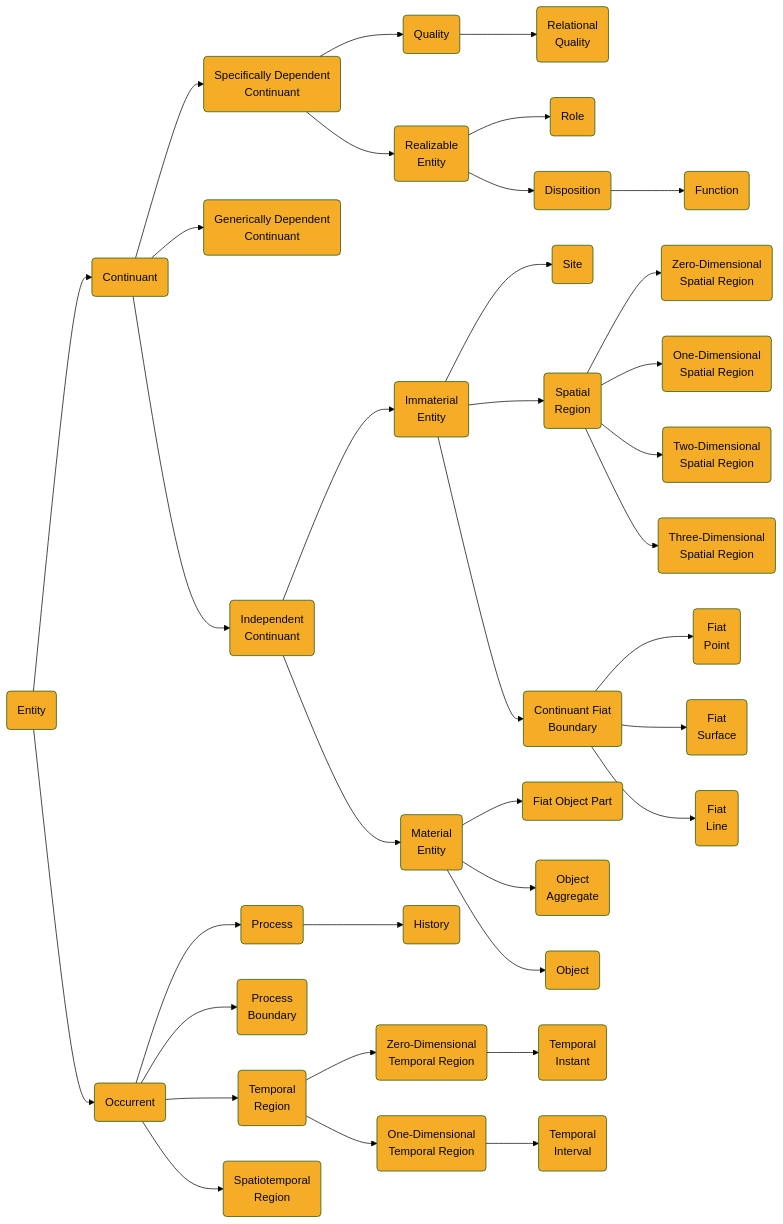
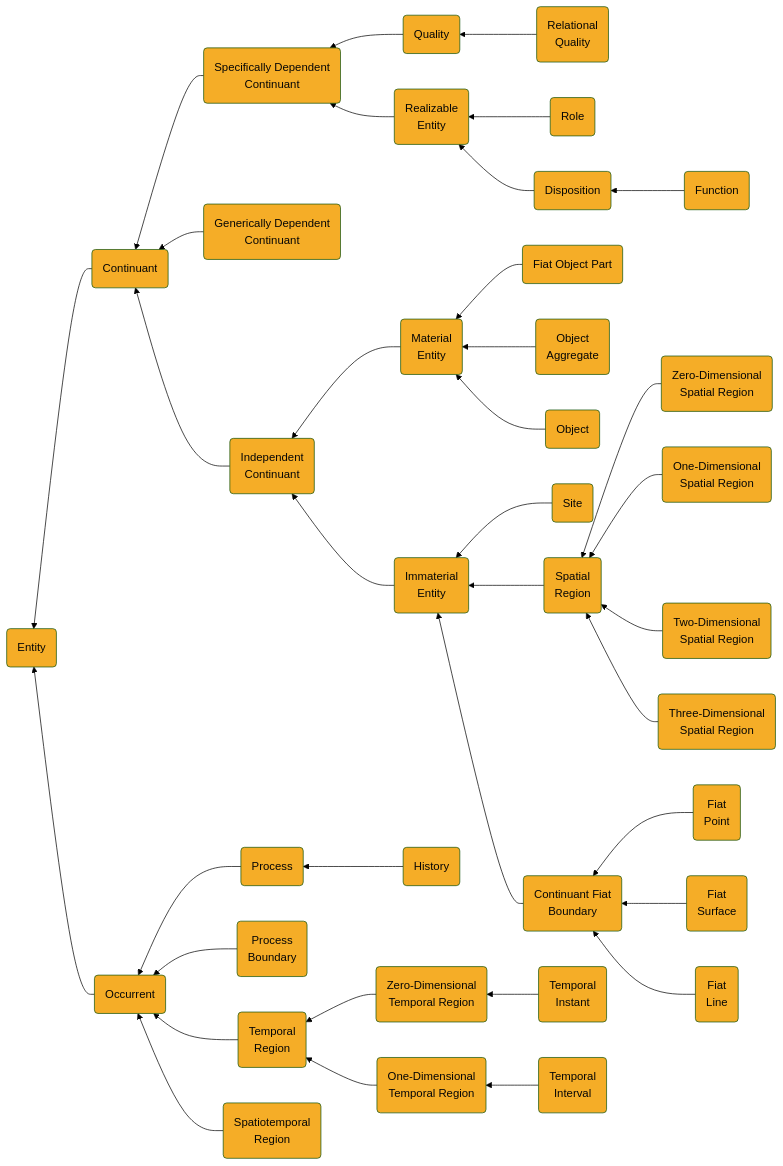
Before and after one commit to BFO-ontology/BFO-2020: the diagram in README.md, drawn with Mermaid (forest theme).

Commit message:
Update README.md
correcting relationship arrow directions

````diff
--- a/README.md
+++ b/README.md
@@ -40,41 +40,41 @@
 ```mermaid
-graph LR
-    A(Entity):::BFO --> B(Continuant)
-    B(Continuant):::BFO --> D(Specifically Dependent<br> Continuant)
-    B(Continuant) --> E(Generically Dependent<br> Continuant):::BFO
-    B(Continuant) --> F(Independent<br> Continuant)
-    F(Independent<br> Continuant):::BFO --> G(Material Entity)
-    F(Independent<br> Continuant) --> H(Immaterial<br> Entity)
-    D(Specifically Dependent<br> Continuant):::BFO --> I(Quality)
-    D(Specifically Dependent<br> Continuant) --> J(Realizable<br> Entity):::BFO
-    I(Quality):::BFO --> K(Relational<br> Quality):::BFO
-    J(Realizable<br> Entity):::BFO --> L(Role):::BFO
-    J(Realizable<br> Entity) --> M(Disposition):::BFO
-    M(Disposition) --> N(Function):::BFO
-    H(Immaterial<br> Entity):::BFO --> O(Site):::BFO
-    H(Immaterial<br> Entity) --> P(Spatial<br> Region):::BFO
-    H(Immaterial<br> Entity) --> Q(Continuant Fiat<br> Boundary):::BFO
-    Q(Continuant Fiat<br> Boundary):::BFO --> R(Fiat<br> Point):::BFO
-    Q(Continuant Fiat<br> Boundary) --> S(Fiat<br> Surface):::BFO
-    Q(Continuant Fiat<br> Boundary) --> T(Fiat<br> Line):::BFO
-    P(Spatial<br> Region):::BFO --> VD(Zero-Dimensional<br> Spatial Region):::BFO
-    P(Spatial<br> Region):::BFO --> U(One-Dimensional<br> Spatial Region):::BFO
-    P(Spatial<br> Region):::BFO --> V(Two-Dimensional<br> Spatial Region):::BFO
-    P(Spatial<br> Region):::BFO --> W(Three-Dimensional<br> Spatial Region):::BFO
-    G(Material<br> Entity):::BFO --> X(Fiat Object Part):::BFO
-    G(Material<br> Entity):::BFO --> Y(Object<br> Aggregate):::BFO
-    G(Material<br> Entity):::BFO --> Z(Object):::BFO
-    A(Entity):::BFO --> C(Occurrent):::BFO
-    C(Occurrent):::BFO --> AA(Process):::BFO
-    C(Occurrent) --> AB(Process<br> Boundary):::BFO
-    C(Occurrent) --> AC(Temporal<br> Region):::BFO
-    C(Occurrent) --> AD(Spatiotemporal<br> Region):::BFO
-    AA(Process):::BFO --> AE(History):::BFO
-    AC(Temporal<br> Region):::BFO --> AF(Zero-Dimensional<br> Temporal Region):::BFO
-    AC(Temporal<br> Region) --> AI(One-Dimensional<br> Temporal Region):::BFO
-    AF(Zero-Dimensional<br> Temporal Region):::BFO --> AG(Temporal<br> Instant):::BFO
-    AI(One-Dimensional<br> Temporal Region):::BFO --> AH(Temporal<br> Interval):::BFO
+graph RL
+	B(Continuant)-->A(Entity):::BFO
+	D(Specifically Dependent<br> Continuant)-->B(Continuant):::BFO
+	E(Generically Dependent<br> Continuant):::BFO-->B(Continuant)
+	F(Independent<br> Continuant)-->B(Continuant)
+	G(Material Entity)-->F(Independent<br> Continuant):::BFO
+	H(Immaterial<br> Entity)-->F(Independent<br> Continuant)
+	I(Quality)-->D(Specifically Dependent<br> Continuant):::BFO
+	J(Realizable<br> Entity):::BFO-->D(Specifically Dependent<br> Continuant)
+	K(Relational<br> Quality):::BFO-->I(Quality):::BFO
+	L(Role):::BFO-->J(Realizable<br> Entity):::BFO
+	M(Disposition):::BFO-->J(Realizable<br> Entity)
+	N(Function):::BFO-->M(Disposition)
+	O(Site):::BFO-->H(Immaterial<br> Entity):::BFO
+	P(Spatial<br> Region):::BFO-->H(Immaterial<br> Entity)
+	Q(Continuant Fiat<br> Boundary):::BFO-->H(Immaterial<br> Entity)
+	R(Fiat<br> Point):::BFO-->Q(Continuant Fiat<br> Boundary):::BFO
+	S(Fiat<br> Surface):::BFO-->Q(Continuant Fiat<br> Boundary)
+	T(Fiat<br> Line):::BFO-->Q(Continuant Fiat<br> Boundary)
+	VD(Zero-Dimensional<br> Spatial Region):::BFO-->P(Spatial<br> Region):::BFO
+	U(One-Dimensional<br> Spatial Region):::BFO-->P(Spatial<br> Region):::BFO
+	V(Two-Dimensional<br> Spatial Region):::BFO-->P(Spatial<br> Region):::BFO
+	W(Three-Dimensional<br> Spatial Region):::BFO-->P(Spatial<br> Region):::BFO
+	X(Fiat Object Part):::BFO-->G(Material<br> Entity):::BFO
+	Y(Object<br> Aggregate):::BFO-->G(Material<br> Entity):::BFO
+	Z(Object):::BFO-->G(Material<br> Entity):::BFO
+	C(Occurrent):::BFO-->A(Entity):::BFO
+	AA(Process):::BFO-->C(Occurrent):::BFO
+	AB(Process<br> Boundary):::BFO-->C(Occurrent)
+	AC(Temporal<br> Region):::BFO-->C(Occurrent)
+	AD(Spatiotemporal<br> Region):::BFO-->C(Occurrent)
+	AE(History):::BFO-->AA(Process):::BFO
+	AF(Zero-Dimensional<br> Temporal Region):::BFO-->AC(Temporal<br> Region):::BFO
+	AI(One-Dimensional<br> Temporal Region):::BFO-->AC(Temporal<br> Region):::BFO
+	AG(Temporal<br> Instant):::BFO-->AF(Zero-Dimensional<br> Temporal Region):::BFO
+	AH(Temporal<br> Interval):::BFO-->AI(One-Dimensional<br> Temporal Region):::BFO
 
     classDef BFO fill:#F5AD27,color:#060606
 
   ```
````
